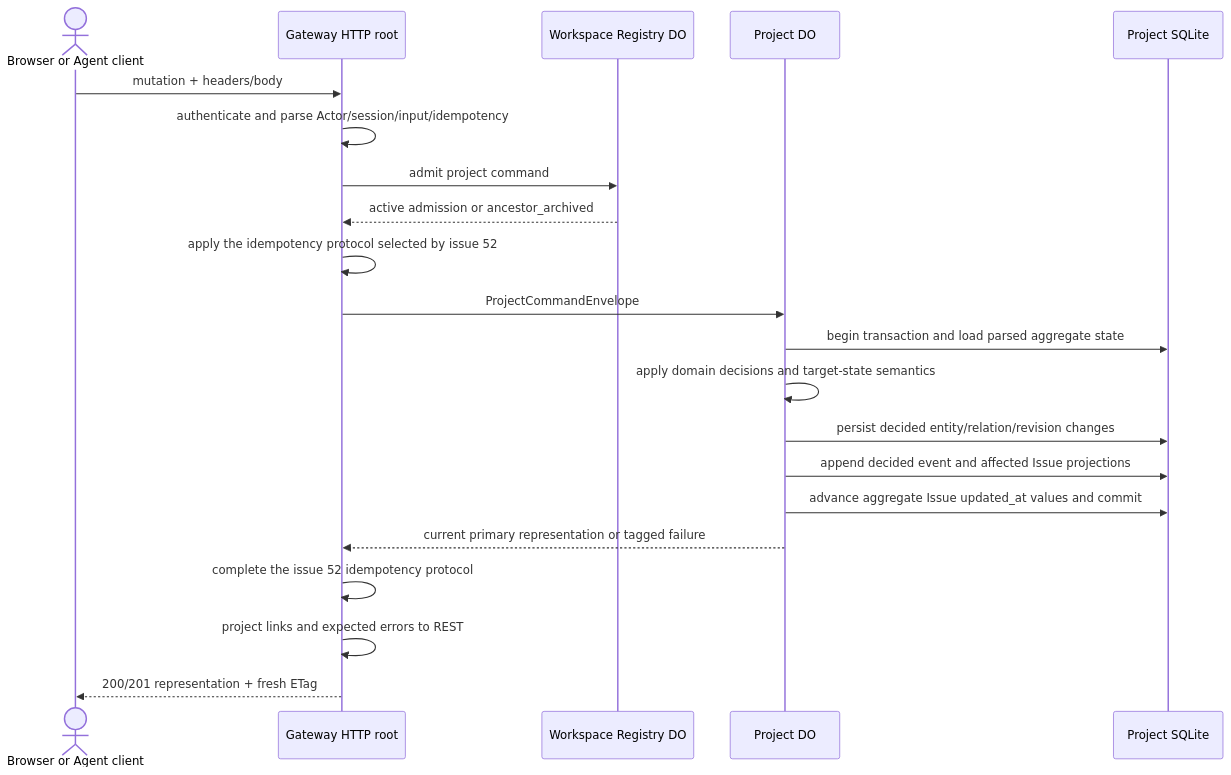
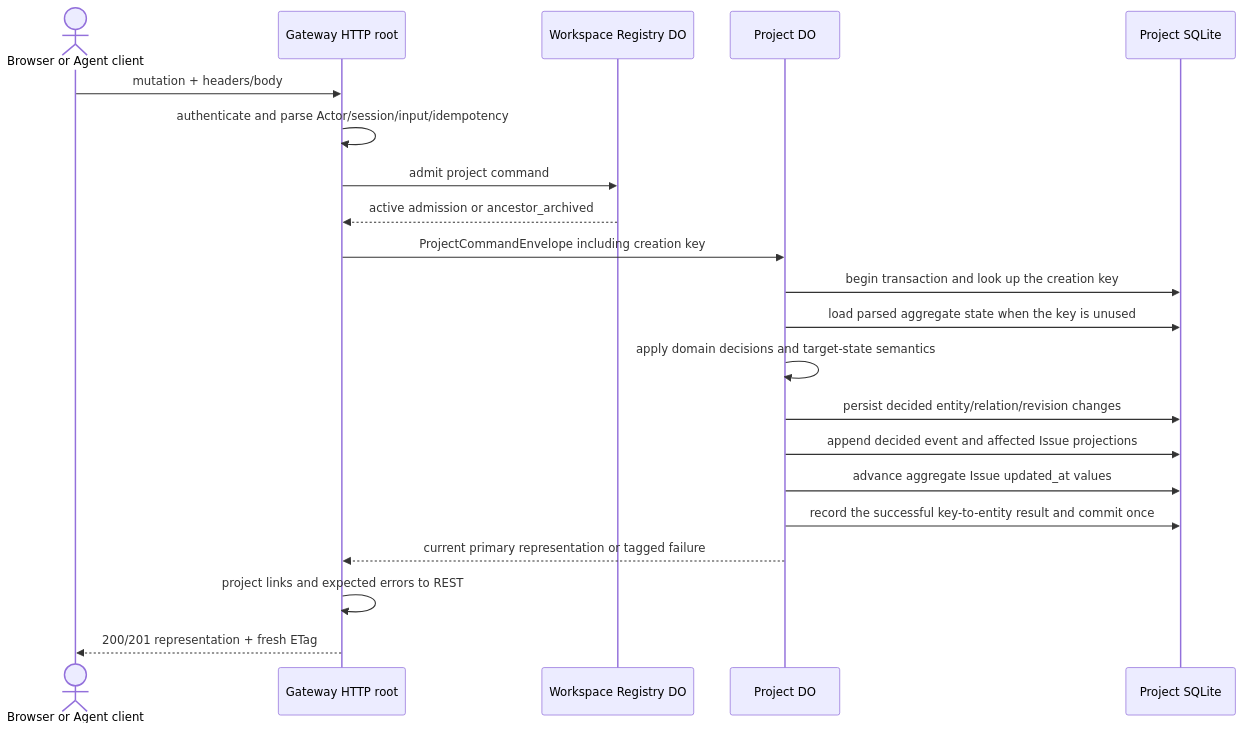
Before and after one commit to dmmulroy/overseer: the third of 6 diagrams in docs/adr/0001-mvp-system-architecture.md, drawn with Mermaid. The commit also changed other lines of this file and 22 other files, not shown here.

````diff
--- a/docs/adr/0001-mvp-system-architecture.md
+++ b/docs/adr/0001-mvp-system-architecture.md
@@ -157,24 +157,24 @@
 ```mermaid
 sequenceDiagram
   actor C as Browser or Agent client
   participant G as Gateway HTTP root
   participant CDO as Workspace Registry DO
   participant PDO as Project DO
   participant SQL as Project SQLite
 
   C->>G: mutation + headers/body
   G->>G: authenticate and parse Actor/session/input/idempotency
   G->>CDO: admit project command
   CDO-->>G: active admission or ancestor_archived
-  G->>G: apply the idempotency protocol selected by issue 52
-  G->>PDO: ProjectCommandEnvelope
-  PDO->>SQL: begin transaction and load parsed aggregate state
+  G->>PDO: ProjectCommandEnvelope including creation key
+  PDO->>SQL: begin transaction and look up the creation key
+  PDO->>SQL: load parsed aggregate state when the key is unused
   PDO->>PDO: apply domain decisions and target-state semantics
   PDO->>SQL: persist decided entity/relation/revision changes
   PDO->>SQL: append decided event and affected Issue projections
-  PDO->>SQL: advance aggregate Issue updated_at values and commit
+  PDO->>SQL: advance aggregate Issue updated_at values
+  PDO->>SQL: record the successful key-to-entity result and commit once
   PDO-->>G: current primary representation or tagged failure
-  G->>G: complete the issue 52 idempotency protocol
   G->>G: project links and expected errors to REST
   G-->>C: 200/201 representation + fresh ETag
 ```
````
